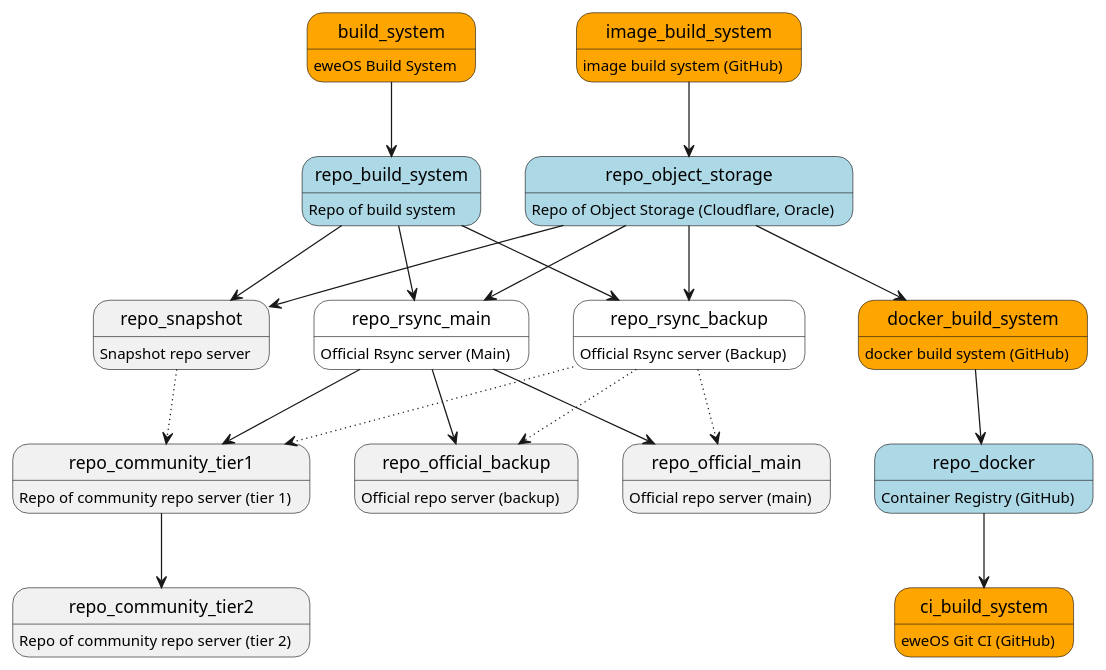
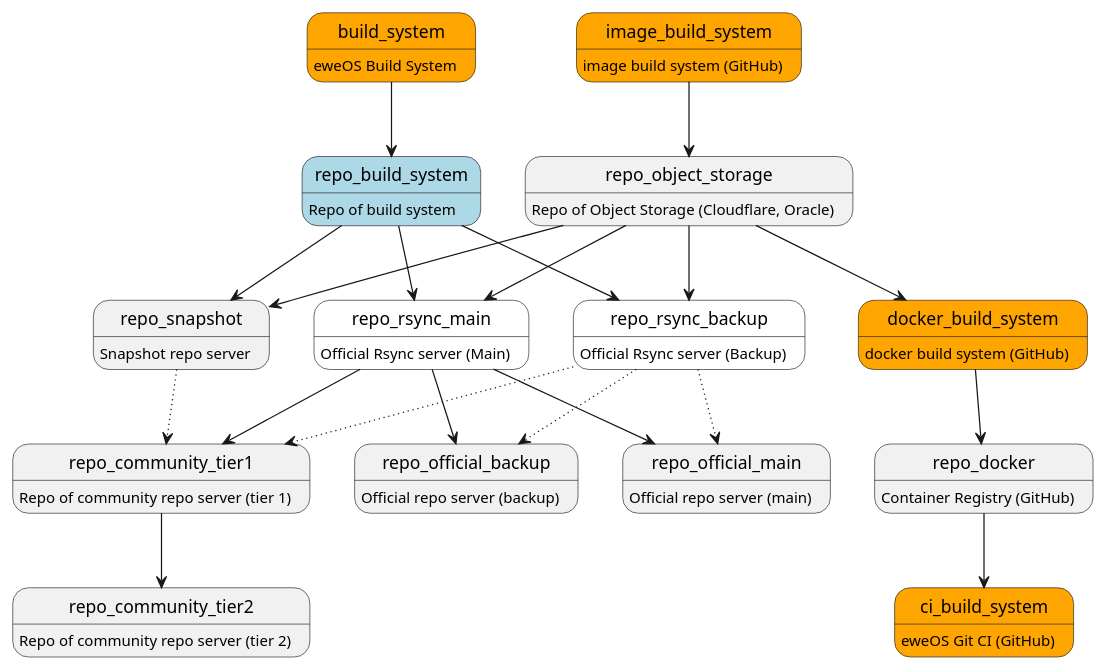
One commit to eweOS/wiki changed the diagram in dev/topic/infra/repos.md. Above: the diagram before and after it, drawn with PlantUML. The commit also changed other lines of this file, not shown here.

Commit message:
docs: update dev/topic/infra/repos

````diff
--- a/dev/topic/infra/repos.md
+++ b/dev/topic/infra/repos.md
@@ -53,40 +53,40 @@
 ```plantuml
 @startuml
 
 state build_system #orange: eweOS Build System
 state repo_build_system #lightblue: Repo of build system
 state image_build_system #orange: image build system (GitHub)
 state ci_build_system #orange: eweOS Git CI (GitHub)
 state docker_build_system #orange: docker build system (GitHub)
-state repo_object_storage #lightblue: Repo of Object Storage (Cloudflare, Oracle)
-state repo_docker #lightblue: Container Registry (GitHub)
+state repo_object_storage: Repo of Object Storage (Cloudflare, Oracle)
+state repo_docker: Container Registry (GitHub)
 state repo_rsync_main #white: Official Rsync server (Main)
 state repo_rsync_backup #white: Official Rsync server (Backup)
 state repo_official_main: Official repo server (main)
 state repo_official_backup: Official repo server (backup)
 state repo_community_tier1: Repo of community repo server (tier 1)
 state repo_community_tier2: Repo of community repo server (tier 2)
 state repo_snapshot: Snapshot repo server
 
 build_system --> repo_build_system
 image_build_system --> repo_object_storage
 repo_object_storage --> repo_rsync_main
 repo_object_storage --> repo_rsync_backup
 repo_object_storage --> repo_snapshot
 repo_object_storage --> docker_build_system
 docker_build_system --> repo_docker
 repo_docker --> ci_build_system
 repo_build_system --> repo_rsync_main
 repo_build_system --> repo_rsync_backup
 repo_build_system --> repo_snapshot
 repo_rsync_main --> repo_official_main
 repo_rsync_backup -[dotted]-> repo_official_main
 repo_rsync_main --> repo_official_backup
 repo_rsync_backup -[dotted]-> repo_official_backup
 repo_rsync_main --> repo_community_tier1
 repo_rsync_backup -[dotted]-> repo_community_tier1
 repo_community_tier1 --> repo_community_tier2
 repo_snapshot -[dotted]-> repo_community_tier1
 
 @enduml
 ```
````
